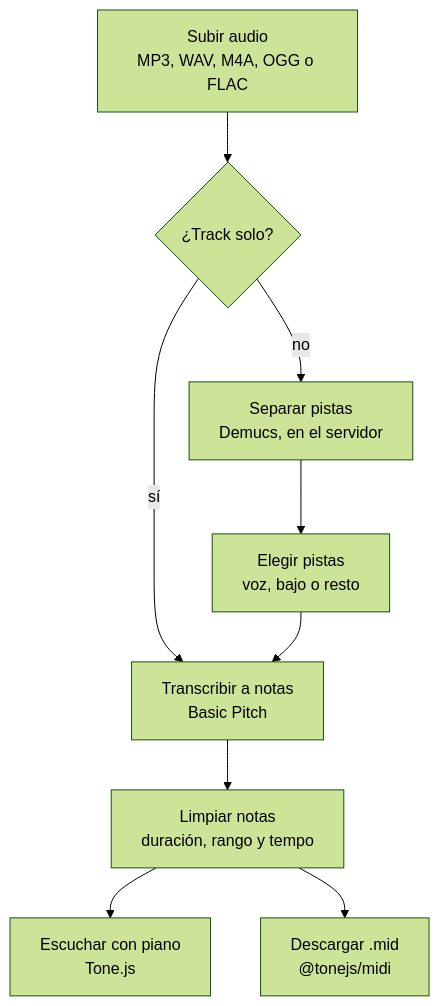
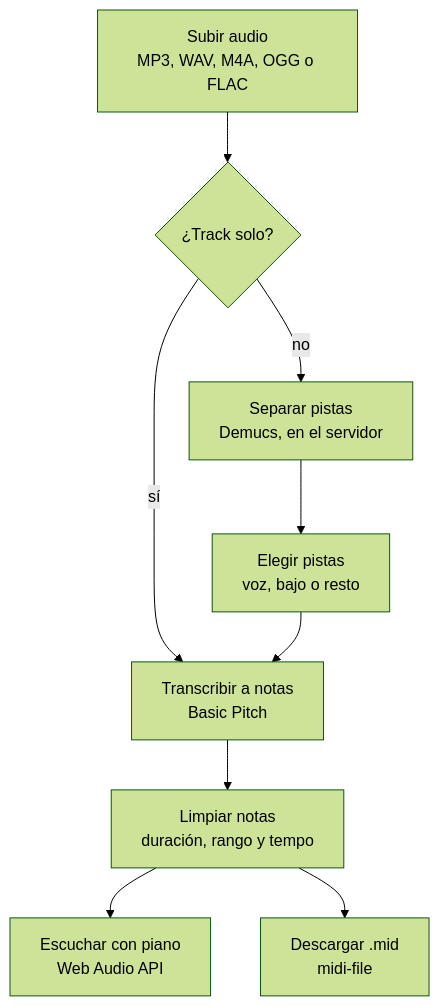
The diagram in docs/02-arquitectura.md (1toe/audio-2-midi), drawn with Mermaid (forest theme) before and after one commit. The commit also changed other lines of this file and 24 other files, not shown here.

First line of the commit message:
feat: implementa Audio a MIDI v0.1.0

````diff
--- a/docs/02-arquitectura.md
+++ b/docs/02-arquitectura.md
@@ -7,11 +7,11 @@
 ```mermaid
 flowchart TD
   A["Subir audio<br/>MP3, WAV, M4A, OGG o FLAC"] --> B{"¿Track solo?"}
   B -- sí --> T["Transcribir a notas<br/>Basic Pitch"]
   B -- no --> S["Separar pistas<br/>Demucs, en el servidor"]
   S --> E["Elegir pistas<br/>voz, bajo o resto"]
   E --> T
   T --> L["Limpiar notas<br/>duración, rango y tempo"]
-  L --> P["Escuchar con piano<br/>Tone.js"]
-  L --> D["Descargar .mid<br/>@tonejs/midi"]
+  L --> P["Escuchar con piano<br/>Web Audio API"]
+  L --> D["Descargar .mid<br/>midi-file"]
 ```
````
